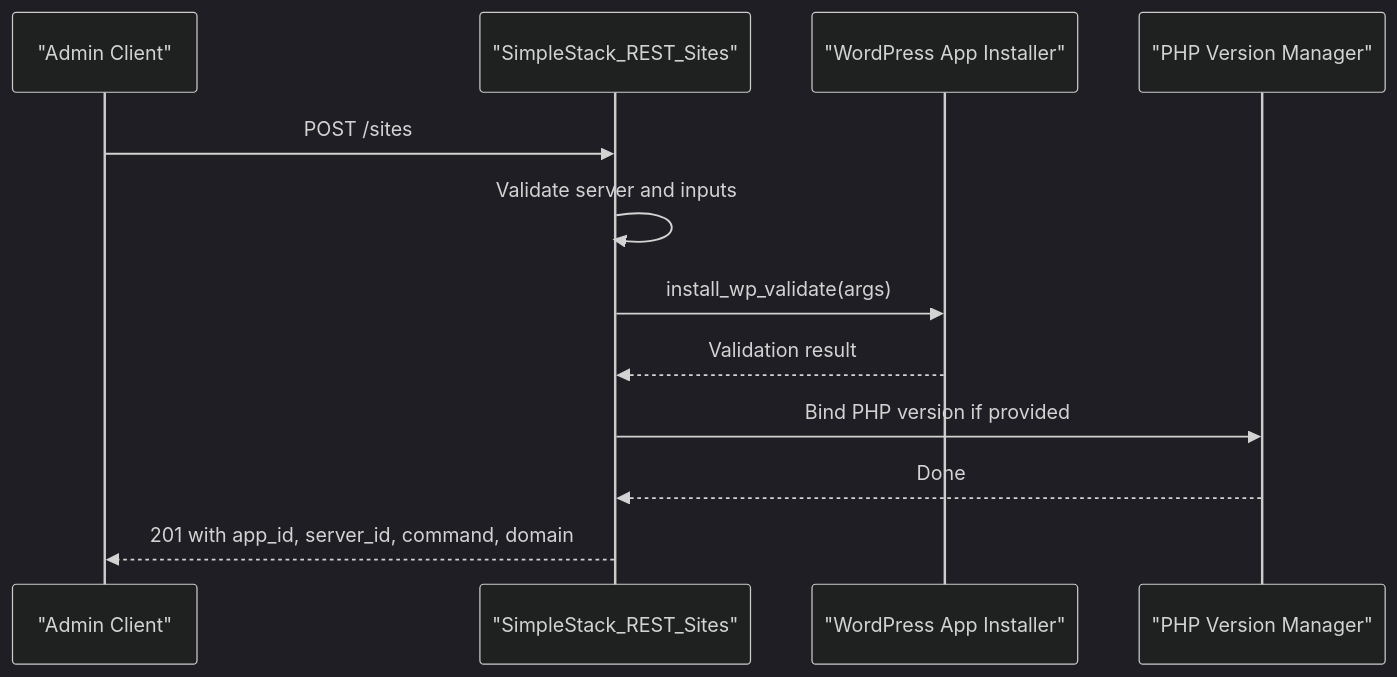
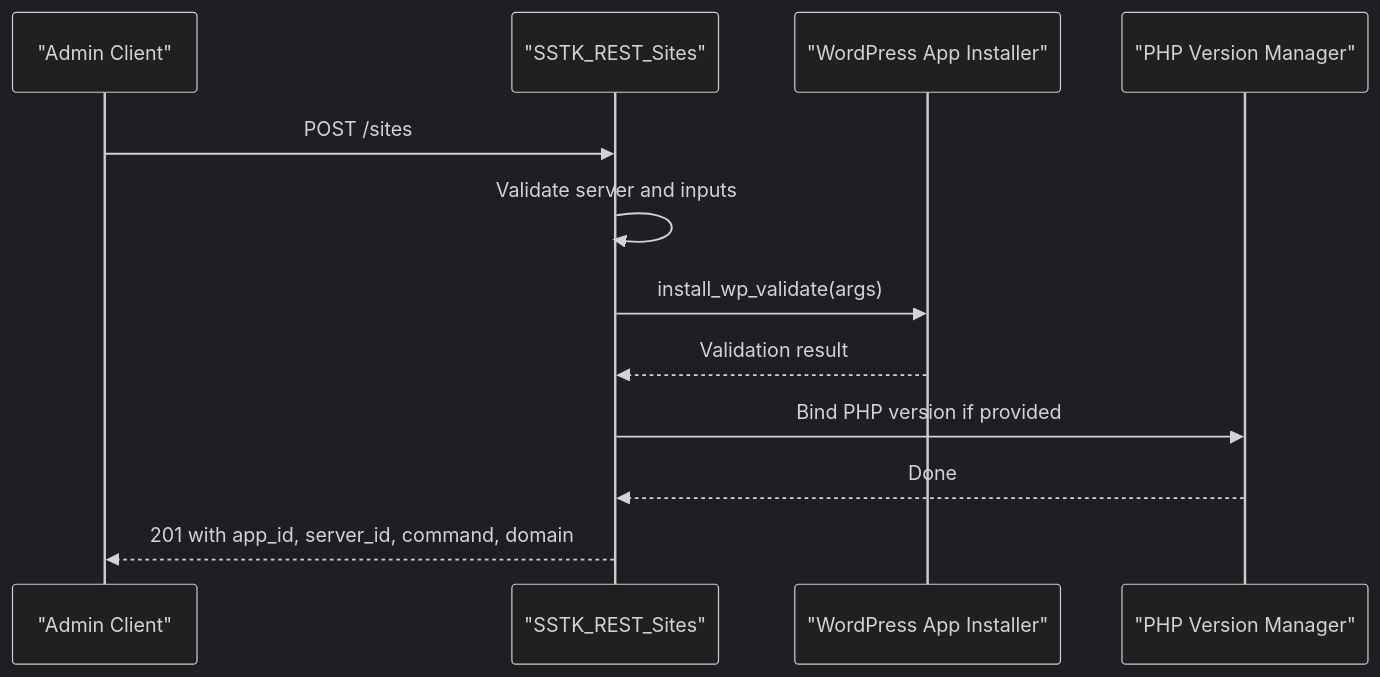
Before and after one commit to onedogsolutions/simple-stack: the sixth of 9 diagrams in .qoder/repowiki/en/content/REST API Reference/REST API Reference.md, drawn with Mermaid (dark theme). The commit also changed other lines of this file and 5941 other files, not shown here.

First line of the commit message:
refactor(core): rebrand WPCloudDeploy to Simple Stack with new namespaces and prefixes

````diff
--- a/.qoder/repowiki/en/content/REST API Reference/REST API Reference.md
+++ b/.qoder/repowiki/en/content/REST API Reference/REST API Reference.md
@@ -360,14 +371,14 @@
 ```mermaid
 sequenceDiagram
 participant Client as "Admin Client"
-participant Sites as "SimpleStack_REST_Sites"
+participant Sites as "SSTK_REST_Sites"
 participant Installer as "WordPress App Installer"
 participant Version as "PHP Version Manager"
 Client->>Sites : POST /sites
 Sites->>Sites : Validate server and inputs
 Sites->>Installer : install_wp_validate(args)
 Installer-->>Sites : Validation result
 Sites->>Version : Bind PHP version if provided
 Version-->>Sites : Done
 Sites-->>Client : 201 with app_id, server_id, command, domain
 ```
````
